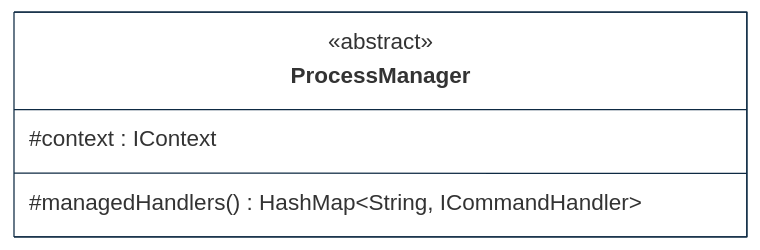
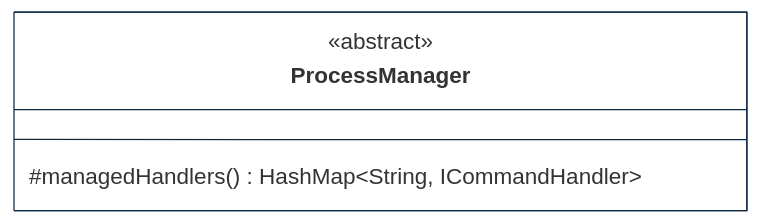
Before and after one commit to cybnity/foundation: the third of 3 diagrams in implementations-line/framework/domain/designview-structure-models.md, drawn with Mermaid. The commit also changed other lines of this file, not shown here.

````diff
--- a/implementations-line/framework/domain/designview-structure-models.md
+++ b/implementations-line/framework/domain/designview-structure-models.md
@@ -165,28 +166,28 @@
 ```mermaid
 %%{
   init: {
     'theme': 'base',
     'themeVariables': {
         'background': '#ffffff',
         'fontFamily': 'arial',
         'fontSize': '18px',
         'primaryColor': '#fff',
         'primaryBorderColor': '#0e2a43',
         'secondaryBorderColor': '#0e2a43',
         'tertiaryBorderColor': '#0e2a43',
         'edgeLabelBackground':'#0e2a43',
         'lineColor': '#0e2a43',
         'tertiaryColor': '#fff'
     }
   }
 }%%
 classDiagram
     class ProcessManager {
         <<abstract>>
 
-        #context : IContext
+
         #managedHandlers() HashMap~String, ICommandHandler~
     }
 
 
 ```
````
